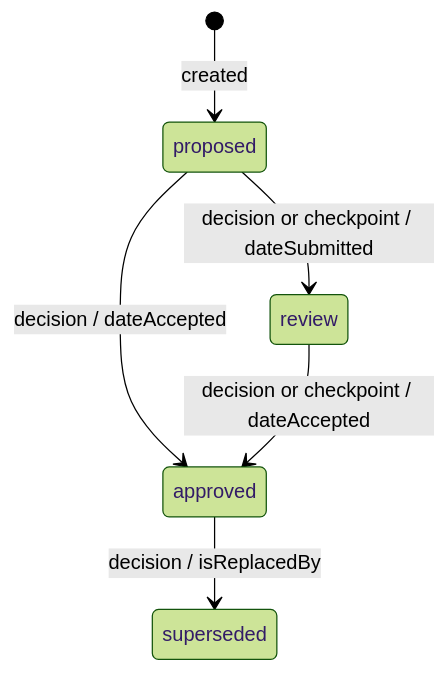
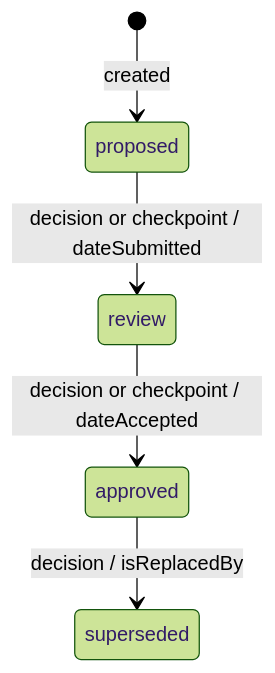
One commit to Jamie-Clayton/githerd-rules changed the second of 6 diagrams in lifecycle-policies/workflows.md. Above: the diagram before and after it, drawn with Mermaid (forest theme). The commit also changed other lines of this file and 12 other files, not shown here.

````diff
--- a/lifecycle-policies/workflows.md
+++ b/lifecycle-policies/workflows.md
@@ -41,8 +58,7 @@
 ```mermaid
 stateDiagram-v2
   [*] --> proposed : created
   proposed --> review : decision or checkpoint / dateSubmitted
-  proposed --> approved : decision / dateAccepted
   review --> approved : decision or checkpoint / dateAccepted
   approved --> superseded : decision / isReplacedBy
 ```
````
